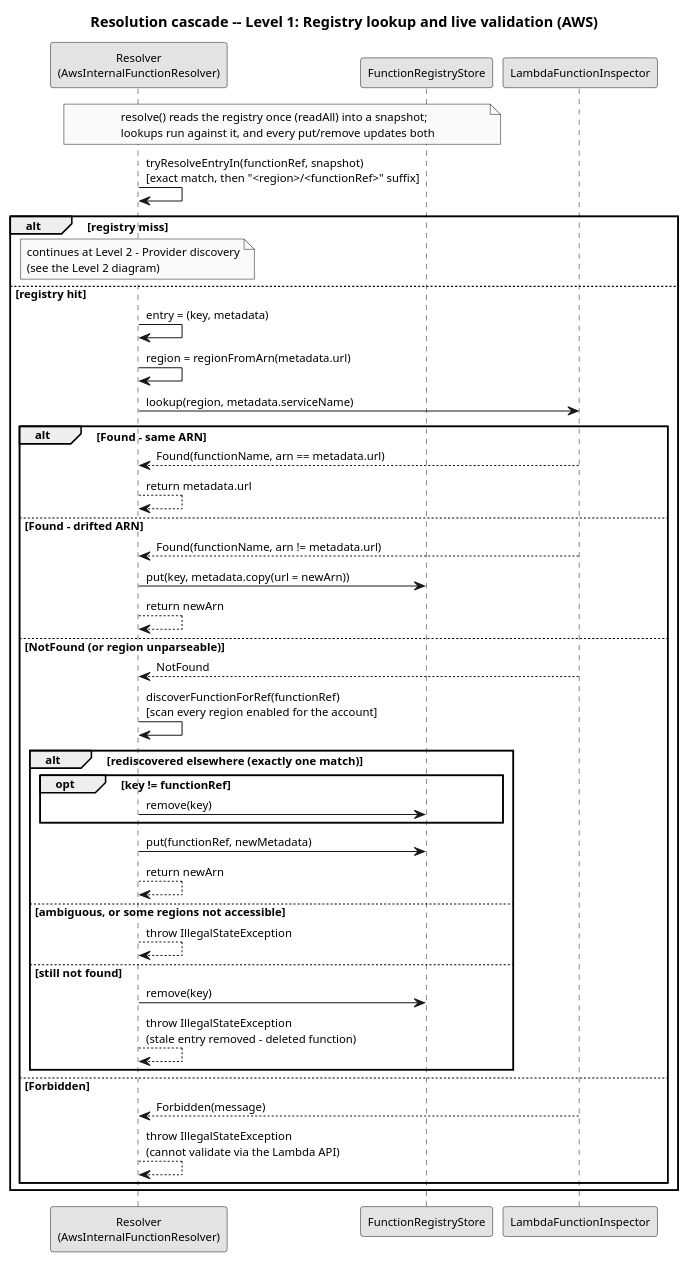
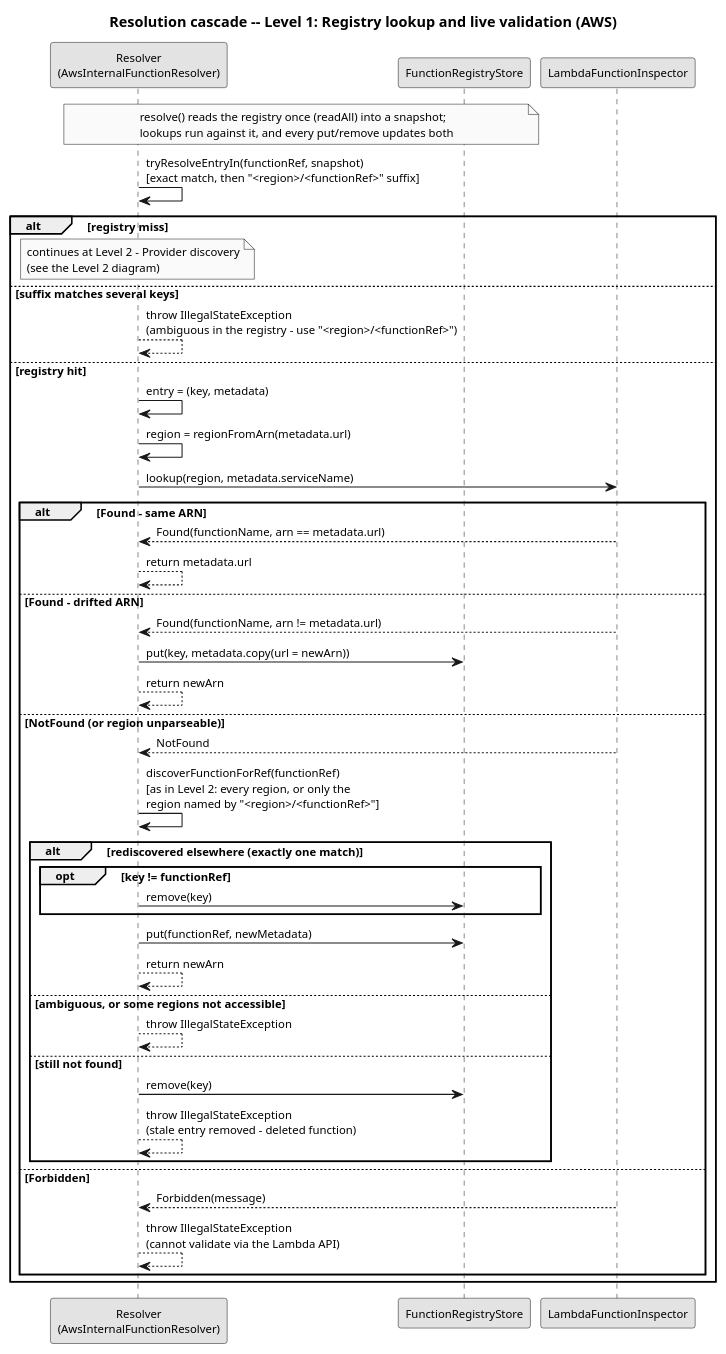
The diagram in diagrams/resolution-cascade-level1-aws.puml (EngenheiroPedroCarvalho/ISEL-Thesis-2526), drawn with PlantUML before and after one commit. The commit also changed 17 other files, not shown here.

First line of the commit message:
Fill in the smaller gaps between the diagrams, the code and the text

```diff
--- a/diagrams/resolution-cascade-level1-aws.puml
+++ b/diagrams/resolution-cascade-level1-aws.puml
@@ -1,53 +1,55 @@
 @startuml resolution-cascade-level1-aws
 skinparam monochrome true
 skinparam shadowing false
 skinparam defaultFontSize 11
 title Resolution cascade -- Level 1: Registry lookup and live validation (AWS)
 
 participant "Resolver\n(AwsInternalFunctionResolver)" as R
 participant "FunctionRegistryStore" as REG
 participant "LambdaFunctionInspector" as AI
 
 note over R, REG
   resolve() reads the registry once (readAll) into a snapshot;
   lookups run against it, and every put/remove updates both
 end note
 R -> R : tryResolveEntryIn(functionRef, snapshot)\n[exact match, then "<region>/<functionRef>" suffix]
 alt registry miss
   note over R
     continues at Level 2 - Provider discovery
     (see the Level 2 diagram)
   end note
+else suffix matches several keys
+  R --> R : throw IllegalStateException\n(ambiguous in the registry - use "<region>/<functionRef>")
 else registry hit
   R -> R : entry = (key, metadata)
   R -> R : region = regionFromArn(metadata.url)
 
   R -> AI : lookup(region, metadata.serviceName)
   alt Found - same ARN
     AI --> R : Found(functionName, arn == metadata.url)
     R --> R : return metadata.url
   else Found - drifted ARN
     AI --> R : Found(functionName, arn != metadata.url)
     R -> REG : put(key, metadata.copy(url = newArn))
     R --> R : return newArn
   else NotFound (or region unparseable)
     AI --> R : NotFound
-    R -> R : discoverFunctionForRef(functionRef)\n[scan every region enabled for the account]
+    R -> R : discoverFunctionForRef(functionRef)\n[as in Level 2: every region, or only the\nregion named by "<region>/<functionRef>"]
     alt rediscovered elsewhere (exactly one match)
       opt key != functionRef
         R -> REG : remove(key)
       end
       R -> REG : put(functionRef, newMetadata)
       R --> R : return newArn
     else ambiguous, or some regions not accessible
       R --> R : throw IllegalStateException
     else still not found
       R -> REG : remove(key)
       R --> R : throw IllegalStateException\n(stale entry removed - deleted function)
     end
   else Forbidden
     AI --> R : Forbidden(message)
     R --> R : throw IllegalStateException\n(cannot validate via the Lambda API)
   end
 end
 @enduml
```
